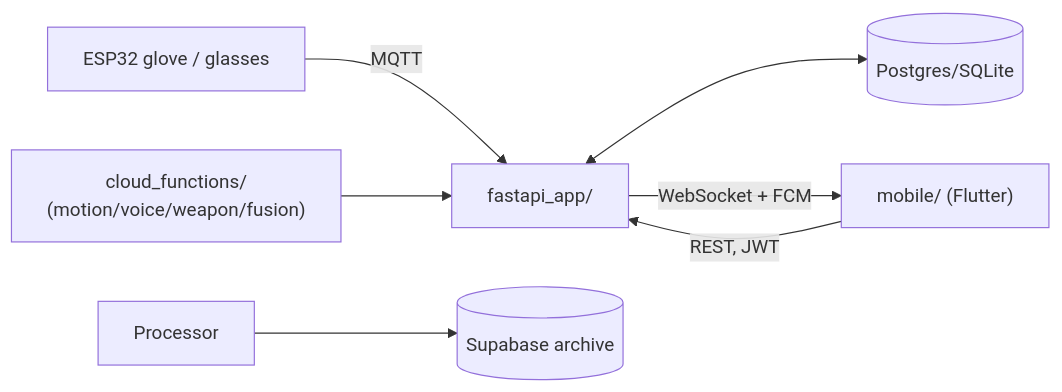
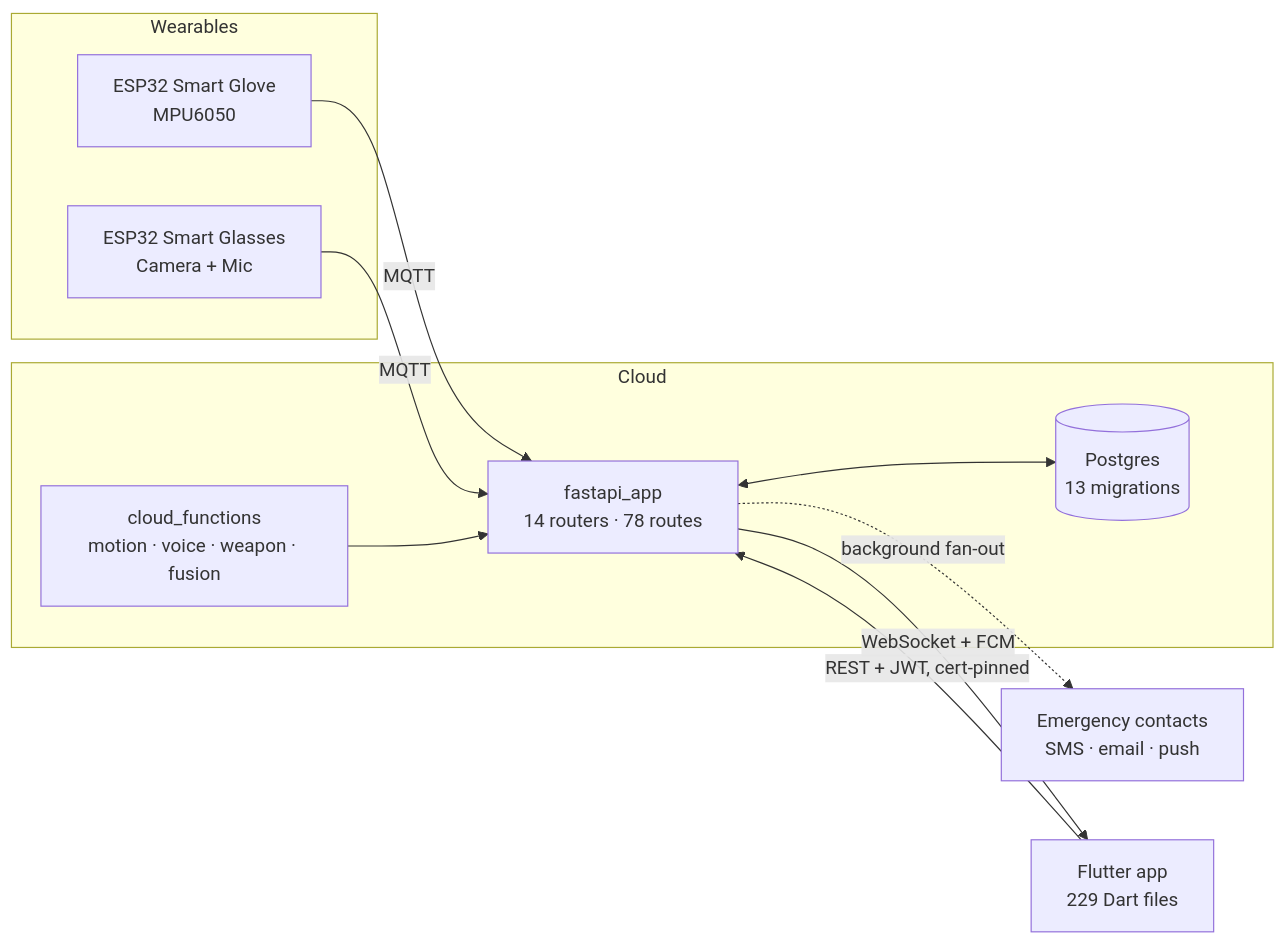
The diagram in README.md (ShadowInCache/SafeHer), drawn with Mermaid before and after one commit. The commit also changed other lines of this file and 1 other file, not shown here.

````diff
--- a/README.md
+++ b/README.md
@@ -74,9 +87,24 @@
 ```mermaid
 flowchart LR
-    Devices["ESP32 glove / glasses"] -- MQTT --> Backend["fastapi_app/"]
-    Backend <--> DB[("Postgres/SQLite")]
-    Processor --> Supabase[("Supabase archive")]
-    Backend -- WebSocket + FCM --> Mobile["mobile/ (Flutter)"]
-    Mobile -- REST, JWT --> Backend
-    CloudFn["cloud_functions/\n(motion/voice/weapon/fusion)"] --> Backend
+    subgraph Wearables
+        G["ESP32 Smart Glove<br/>MPU6050"]
+        S["ESP32 Smart Glasses<br/>Camera + Mic"]
+    end
+
+    subgraph Cloud
+        API["fastapi_app<br/>14 routers · 78 routes"]
+        DB[("Postgres<br/>13 migrations")]
+        CF["cloud_functions<br/>motion · voice · weapon · fusion"]
+    end
+
+    P["Emergency contacts<br/>SMS · email · push"]
+    M["Flutter app<br/>229 Dart files"]
+
+    G -- MQTT --> API
+    S -- MQTT --> API
+    API <--> DB
+    CF --> API
+    API -- "WebSocket + FCM" --> M
+    M -- "REST + JWT, cert-pinned" --> API
+    API -. "background fan-out" .-> P
 ```
````
